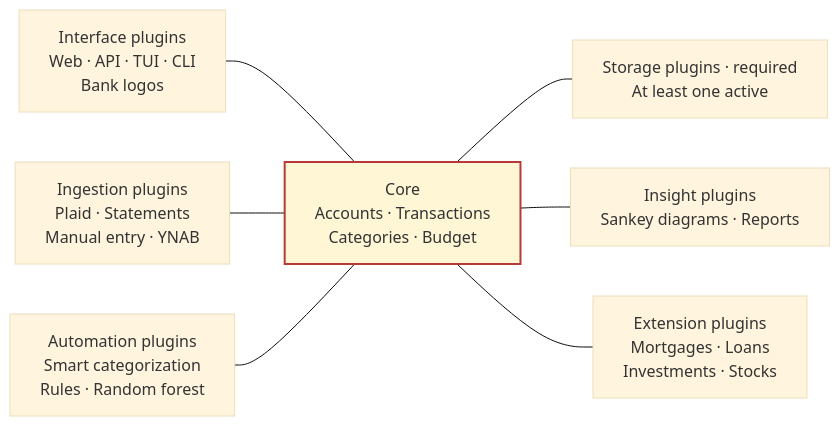
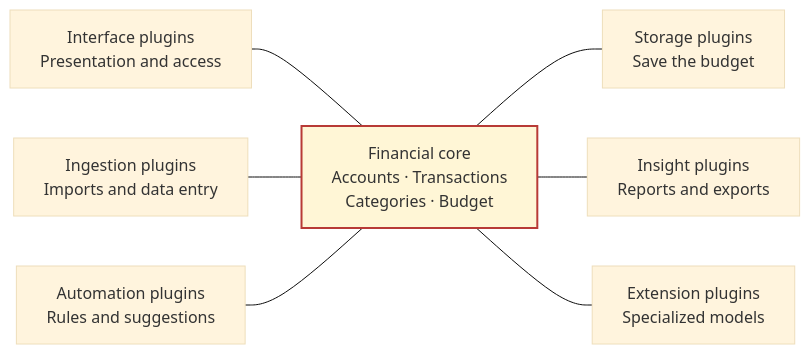
One commit to Fillll/whab changed the first of 2 diagrams in README.md. Above: the diagram before and after it, drawn with Mermaid (base theme). The commit also changed other lines of this file and 51 other files, not shown here.

Commit message:
Make budgets portable and scope plugins per budget (#26)

````diff
--- a/README.md
+++ b/README.md
@@ -30,13 +27,13 @@
 ```mermaid
 flowchart LR
-    Interface["Interface plugins<br/>Web · API · TUI · CLI<br/>Bank logos"] --- Core
-    Ingestion["Ingestion plugins<br/>Plaid · Statements<br/>Manual entry · YNAB"] --- Core
-    Automation["Automation plugins<br/>Smart categorization<br/>Rules · Random forest"] --- Core
+    Interface["Interface plugins<br/>Presentation and access"] --- Core
+    Ingestion["Ingestion plugins<br/>Imports and data entry"] --- Core
+    Automation["Automation plugins<br/>Rules and suggestions"] --- Core
 
-    Core["Core<br/>Accounts · Transactions<br/>Categories · Budget"] --- Storage["Storage plugins · required<br/>At least one active"]
-    Core --- Insight["Insight plugins<br/>Sankey diagrams · Reports"]
-    Core --- Extension["Extension plugins<br/>Mortgages · Loans<br/>Investments · Stocks"]
+    Core["Financial core<br/>Accounts · Transactions<br/>Categories · Budget"] --- Storage["Storage plugins<br/>Save the budget"]
+    Core --- Insight["Insight plugins<br/>Reports and exports"]
+    Core --- Extension["Extension plugins<br/>Specialized models"]
 
     classDef domain fill:#fff6d6,stroke:#b83a36,stroke-width:2px
     class Core domain
 ```
````
